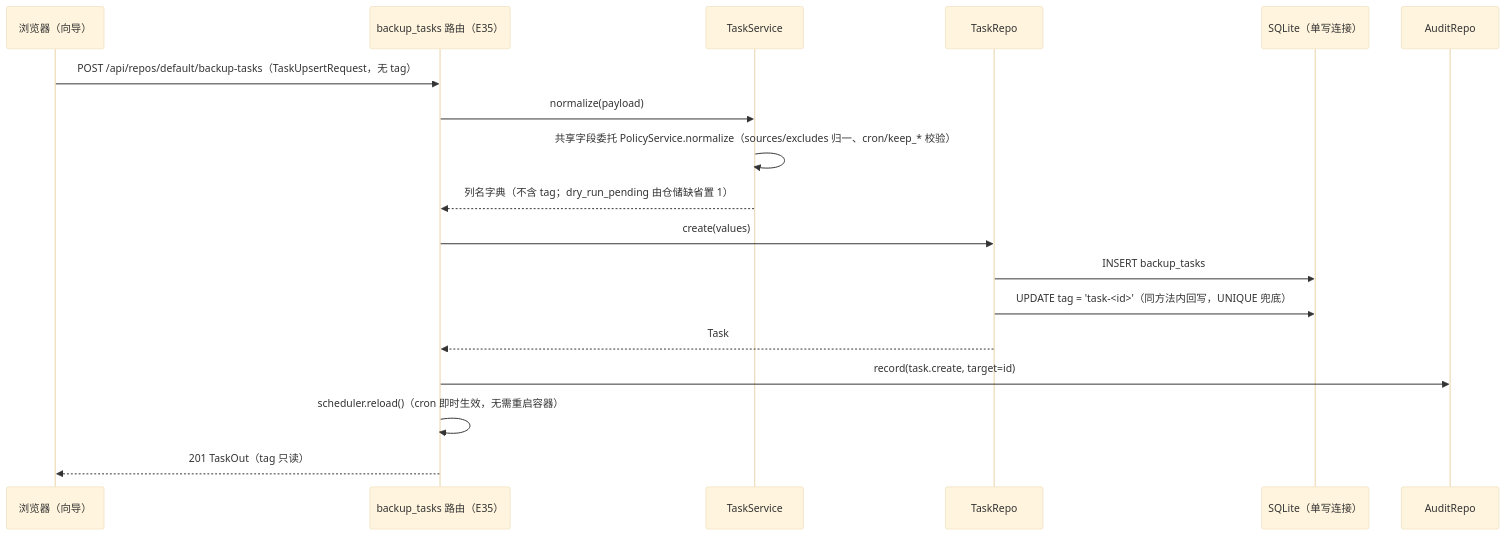
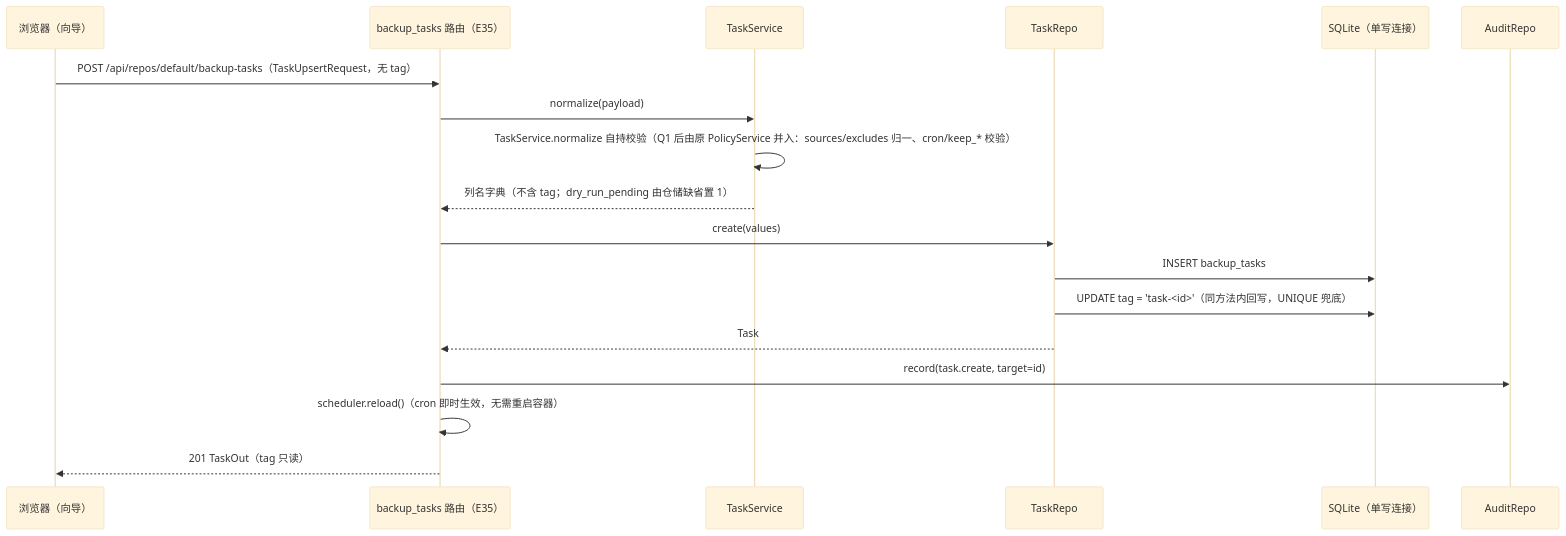
Before and after one commit to dolphin738/restic-docker-backup: the eighth of 11 diagrams in web版/docs/架构设计文档.md, drawn with Mermaid (base theme). The commit also changed other lines of this file, not shown here.

````diff
--- a/web版/docs/架构设计文档.md
+++ b/web版/docs/架构设计文档.md
@@ -888,21 +871,21 @@
 ```mermaid
 sequenceDiagram
     participant B as 浏览器（向导）
     participant RT as backup_tasks 路由（E35）
     participant TS as TaskService
     participant TR as TaskRepo
     participant DB as SQLite（单写连接）
     participant AU as AuditRepo
 
     B->>RT: POST /api/repos/default/backup-tasks（TaskUpsertRequest，无 tag）
     RT->>TS: normalize(payload)
-    TS->>TS: 共享字段委托 PolicyService.normalize（sources/excludes 归一、cron/keep_* 校验）
+    TS->>TS: TaskService.normalize 自持校验（Q1 后由原 PolicyService 并入：sources/excludes 归一、cron/keep_* 校验）
     TS-->>RT: 列名字典（不含 tag；dry_run_pending 由仓储缺省置 1）
     RT->>TR: create(values)
     TR->>DB: INSERT backup_tasks
     TR->>DB: UPDATE tag = 'task-<id>'（同方法内回写，UNIQUE 兜底）
     TR-->>RT: Task
     RT->>AU: record(task.create, target=id)
     RT->>RT: scheduler.reload()（cron 即时生效，无需重启容器）
     RT-->>B: 201 TaskOut（tag 只读）
 ```
````
